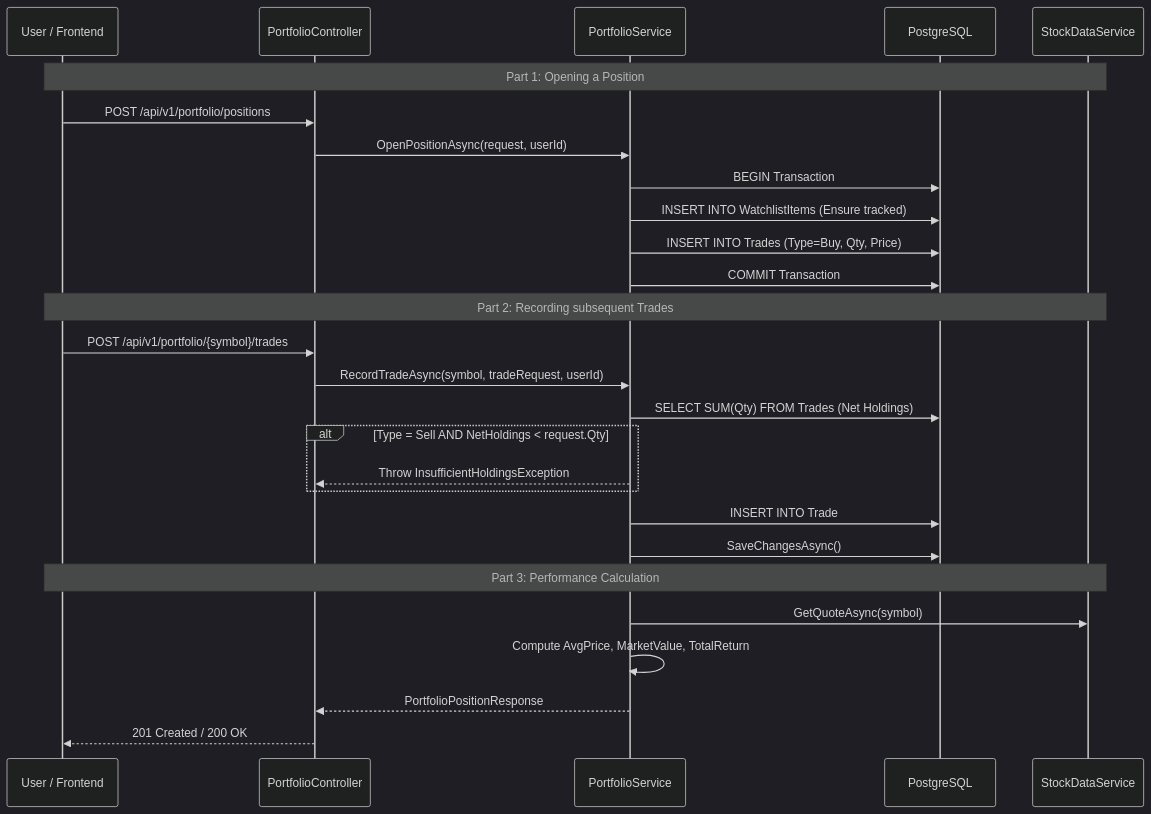
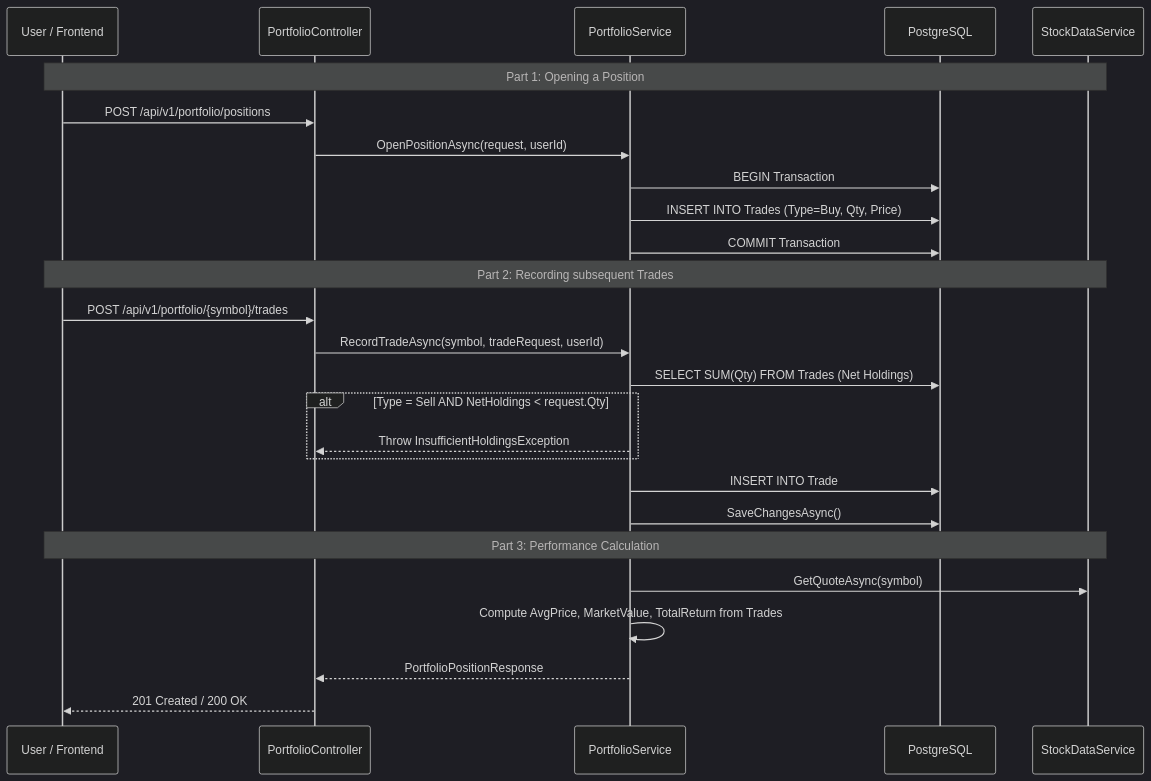
The diagram in src/ui/InventoryAlert.Wiki/docs/04-execution-flows/portfolio-management-flow.md (nhonvo/InventoryManagementSystem), drawn with Mermaid (dark theme) before and after one commit. The commit also changed other lines of this file and 4 other files, not shown here.

````diff
--- a/src/ui/InventoryAlert.Wiki/docs/04-execution-flows/portfolio-management-flow.md
+++ b/src/ui/InventoryAlert.Wiki/docs/04-execution-flows/portfolio-management-flow.md
@@ -13,32 +13,31 @@
 ```mermaid
 sequenceDiagram
     participant User as User / Frontend
     participant API as PortfolioController
     participant Service as PortfolioService
     participant DB as PostgreSQL
     participant SDS as StockDataService
 
     Note over User,SDS: Part 1: Opening a Position
     User->>API: POST /api/v1/portfolio/positions
     API->>Service: OpenPositionAsync(request, userId)
     Service->>DB: BEGIN Transaction
-    Service->>DB: INSERT INTO WatchlistItems (Ensure tracked)
     Service->>DB: INSERT INTO Trades (Type=Buy, Qty, Price)
     Service->>DB: COMMIT Transaction
     
     Note over User,SDS: Part 2: Recording subsequent Trades
     User->>API: POST /api/v1/portfolio/{symbol}/trades
     API->>Service: RecordTradeAsync(symbol, tradeRequest, userId)
     Service->>DB: SELECT SUM(Qty) FROM Trades (Net Holdings)
     alt Type = Sell AND NetHoldings < request.Qty
         Service-->>API: Throw InsufficientHoldingsException
     end
     Service->>DB: INSERT INTO Trade
     Service->>DB: SaveChangesAsync()
     
     Note over User,SDS: Part 3: Performance Calculation
     Service->>SDS: GetQuoteAsync(symbol)
-    Service->>Service: Compute AvgPrice, MarketValue, TotalReturn
+    Service->>Service: Compute AvgPrice, MarketValue, TotalReturn from Trades
     Service-->>API: PortfolioPositionResponse
     API-->>User: 201 Created / 200 OK
 ```
````
